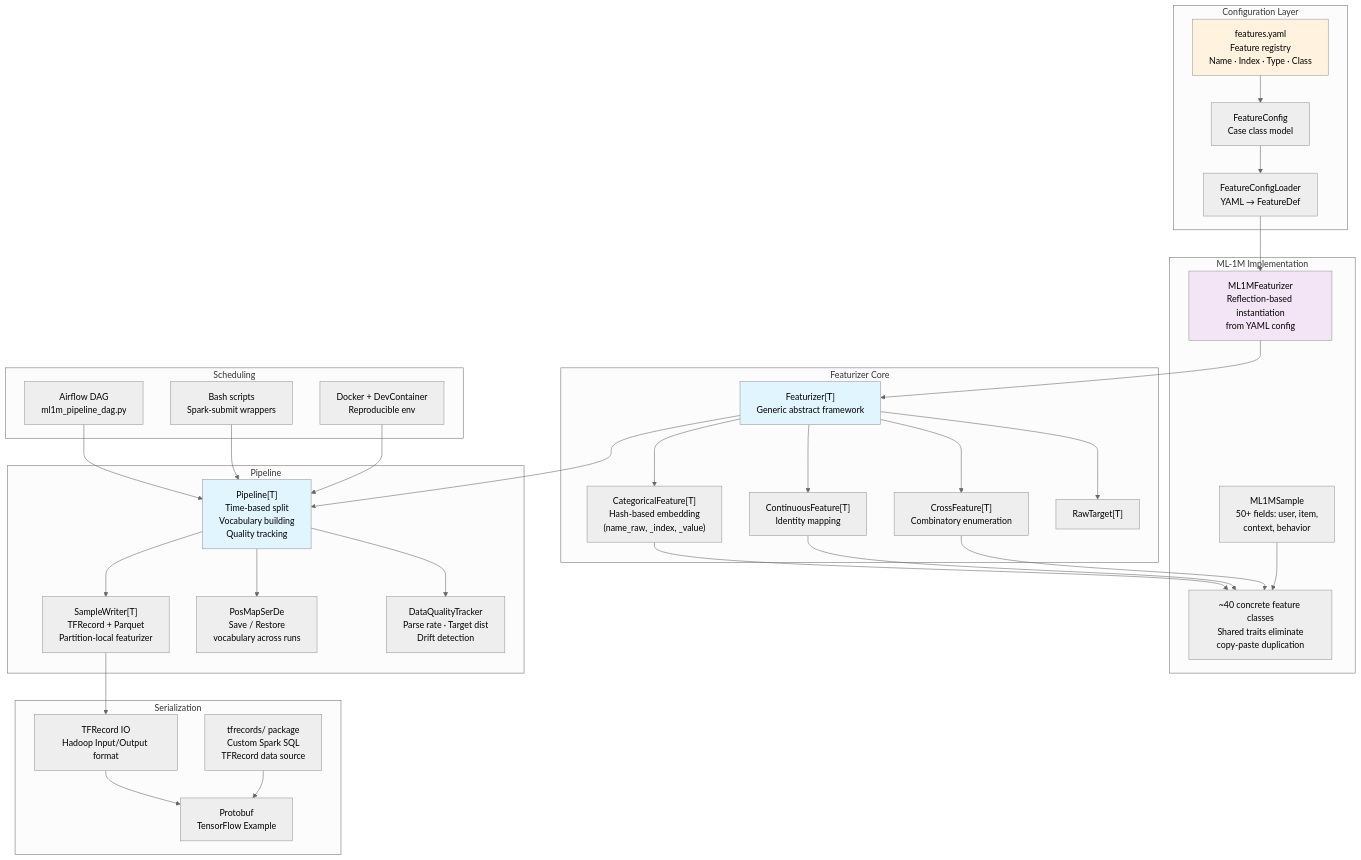
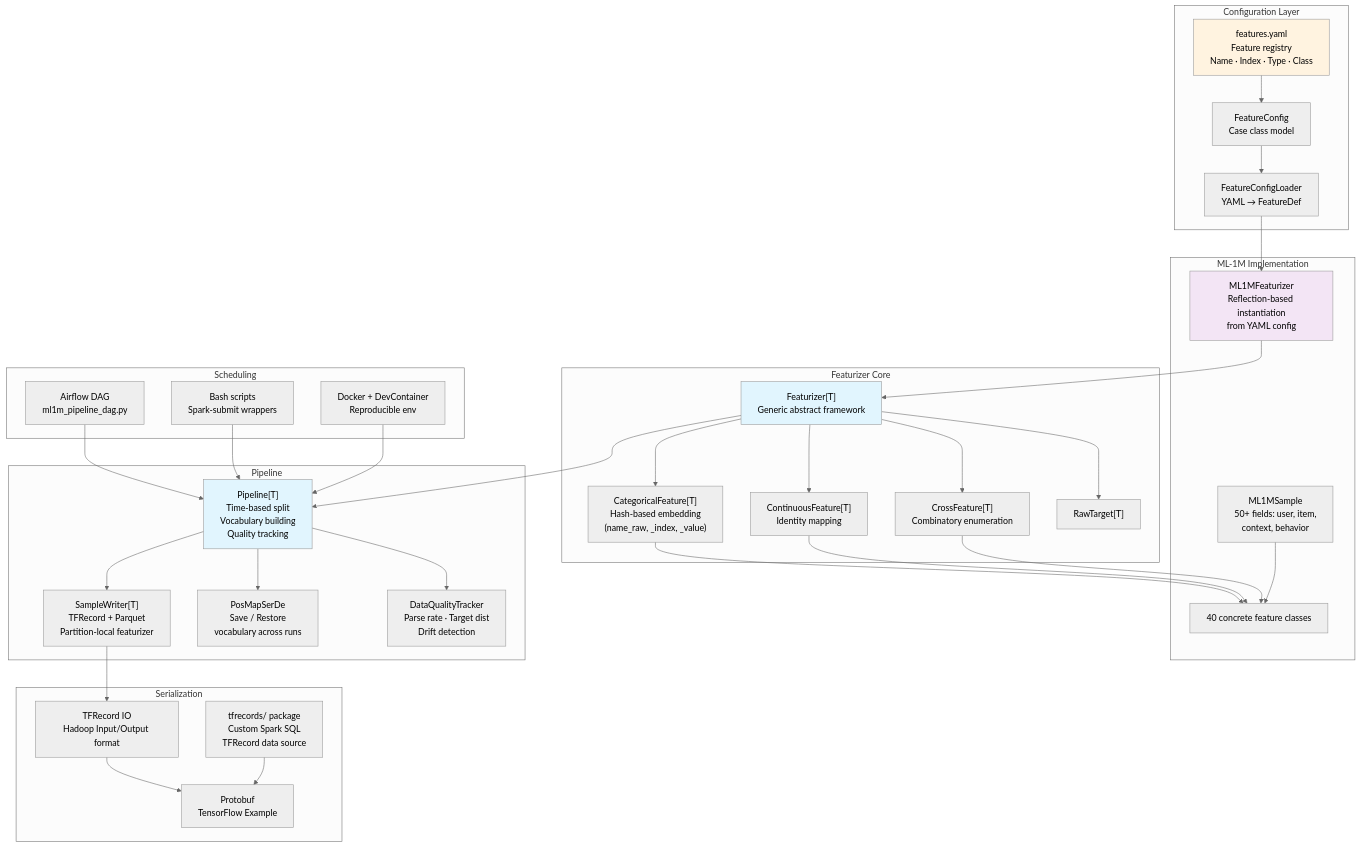
Before and after one commit to shardzhang/gerbil-data: the second of 2 diagrams in README.md, drawn with Mermaid (neutral theme). The commit also changed other lines of this file and 5 other files, not shown here.

````diff
--- a/README.md
+++ b/README.md
@@ -146,58 +144,58 @@
 ```mermaid
 flowchart TD
     subgraph Config[Configuration Layer]
         YAML[features.yaml<br/>Feature registry<br/>Name · Index · Type · Class]
         FC[FeatureConfig<br/>Case class model]
         CL[FeatureConfigLoader<br/>YAML → FeatureDef]
     end
 
     subgraph Core[Featurizer Core]
         FE["Featurizer[T]<br/>Generic abstract framework"]
         CF["CategoricalFeature[T]<br/>Hash-based embedding<br/>(name_raw, _index, _value)"]
         COF["ContinuousFeature[T]<br/>Identity mapping"]
         XF["CrossFeature[T]<br/>Combinatory enumeration"]
         RT["RawTarget[T]"]
     end
 
     subgraph ML1M[ML-1M Implementation]
         MF[ML1MFeaturizer<br/>Reflection-based instantiation<br/>from YAML config]
         MS[ML1MSample<br/>50+ fields: user, item,<br/>context, behavior]
-        UF[~40 concrete feature classes<br/>Shared traits eliminate<br/>copy-paste duplication]
+        UF[40 concrete feature classes]
     end
 
     subgraph Pipe[Pipeline]
         PL["Pipeline[T]<br/>Time-based split<br/>Vocabulary building<br/>Quality tracking"]
         SW["SampleWriter[T]<br/>TFRecord + Parquet<br/>Partition-local featurizer"]
         PS[PosMapSerDe<br/>Save / Restore<br/>vocabulary across runs]
         QT[DataQualityTracker<br/>Parse rate · Target dist<br/>Drift detection]
     end
 
     subgraph Serde[Serialization]
         TR[tfrecords/ package<br/>Custom Spark SQL<br/>TFRecord data source]
         TF[TFRecord IO<br/>Hadoop Input/Output format]
         PB[Protobuf<br/>TensorFlow Example]
     end
 
     subgraph Sched[Scheduling]
         AD[Airflow DAG<br/>ml1m_pipeline_dag.py]
         SP[Bash scripts<br/>Spark-submit wrappers]
         DV[Docker + DevContainer<br/>Reproducible env]
     end
 
     YAML --> FC --> CL --> MF
     MF --> FE
     FE --> CF & COF & XF & RT
     CF & COF & XF --> UF
     MS --> UF
     FE --> PL
     PL --> SW & PS & QT
     SW --> TF
     TF --> PB
     TR --> PB
     AD & SP & DV --> PL
 
     style FE fill:#e1f5fe
     style PL fill:#e1f5fe
     style YAML fill:#fff3e0
     style MF fill:#f3e5f5
 ```
````
